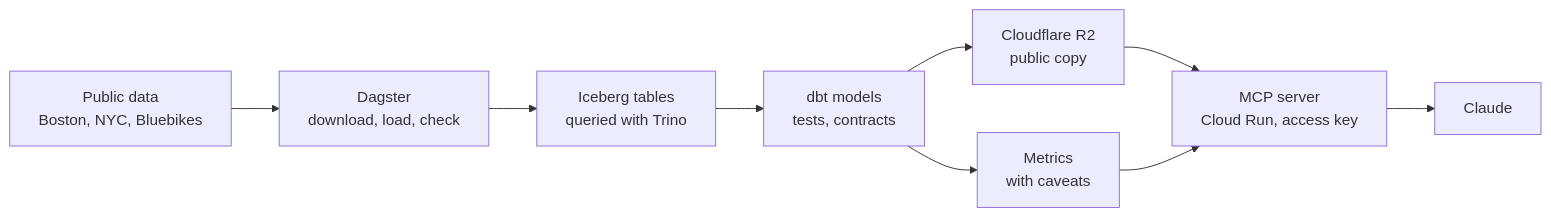
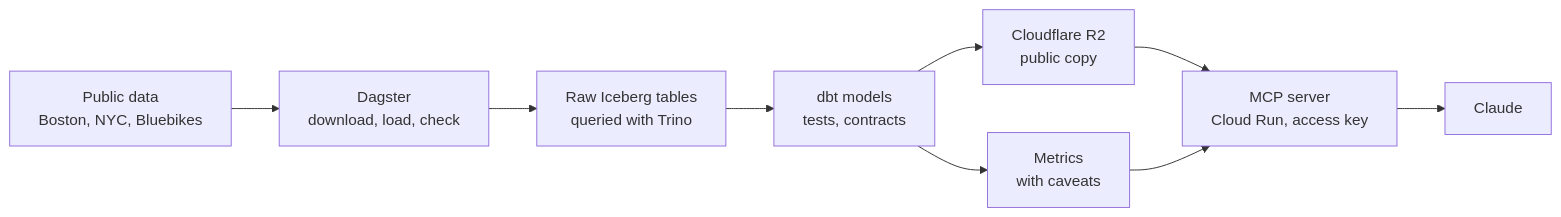
Before and after one commit to amanda-nathan/bike-lane-lakehouse: the diagram in README.md, drawn with Mermaid.

Commit message:
Label the raw tables in the README diagram

````diff
--- a/README.md
+++ b/README.md
@@ -25,11 +25,11 @@
 ```mermaid
 flowchart LR
   A["Public data<br/>Boston, NYC, Bluebikes"] --> B["Dagster<br/>download, load, check"]
-  B --> C["Iceberg tables<br/>queried with Trino"]
+  B --> C["Raw Iceberg tables<br/>queried with Trino"]
   C --> D["dbt models<br/>tests, contracts"]
   D --> E["Metrics<br/>with caveats"]
   D --> F["Cloudflare R2<br/>public copy"]
   F --> G["MCP server<br/>Cloud Run, access key"]
   E --> G
   G --> H["Claude"]
 ```
````
